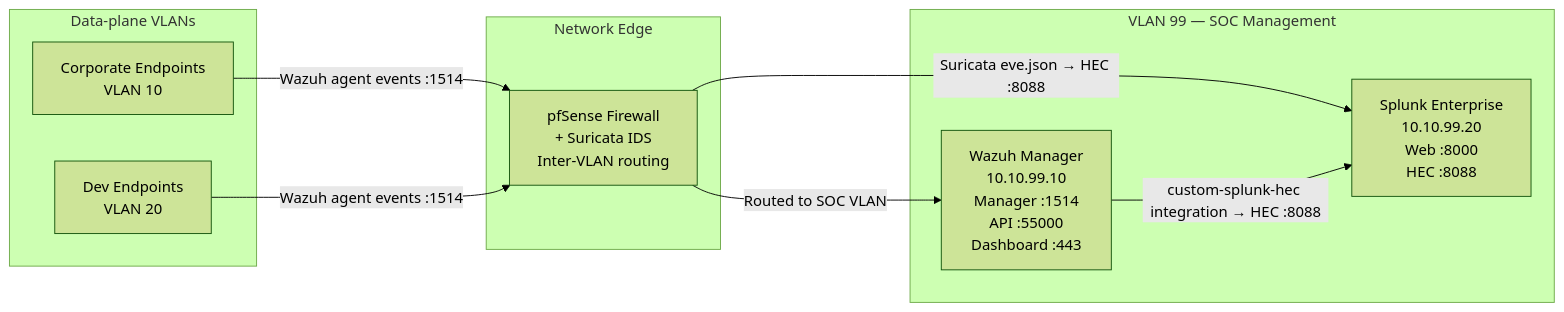
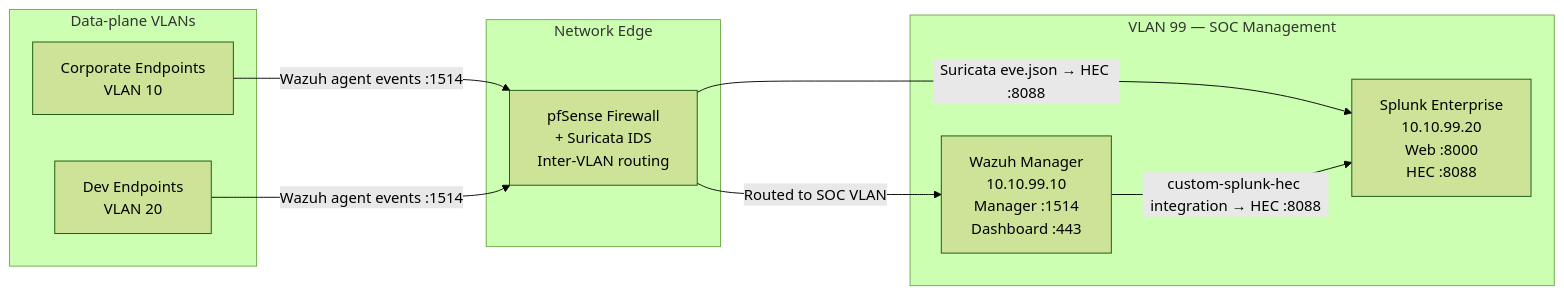
Before and after one commit to DanielBandarica02/SOC-HomeLab: the diagram in docs/phase3-soc-stack.md, drawn with Mermaid (forest theme).

````diff
--- a/docs/phase3-soc-stack.md
+++ b/docs/phase3-soc-stack.md
@@ -21,22 +21,22 @@
 ```mermaid
 flowchart LR
     subgraph DP[Data-plane VLANs]
         EP_COR[Corporate Endpoints<br/>VLAN 10]
         EP_DEV[Dev Endpoints<br/>VLAN 20]
     end
     
     subgraph EDGE[Network Edge]
         PF[pfSense Firewall<br/>+ Suricata IDS<br/>Inter-VLAN routing]
     end
     
     subgraph SOC[VLAN 99 — SOC Management]
-        WZ[Wazuh Manager<br/>10.10.99.10<br/>Manager :1514<br/>API :55000<br/>Dashboard :443]
+        WZ[Wazuh Manager<br/>10.10.99.10<br/>Manager :1514<br/>Dashboard :443]
         SP[Splunk Enterprise<br/>10.10.99.20<br/>Web :8000<br/>HEC :8088]
     end
     
     EP_COR -- "Wazuh agent events :1514" --> PF
     EP_DEV -- "Wazuh agent events :1514" --> PF
     PF -- "Routed to SOC VLAN" --> WZ
     PF -- "Suricata eve.json → HEC :8088" --> SP
     WZ -- "custom-splunk-hec integration → HEC :8088" --> SP
 ```
````
